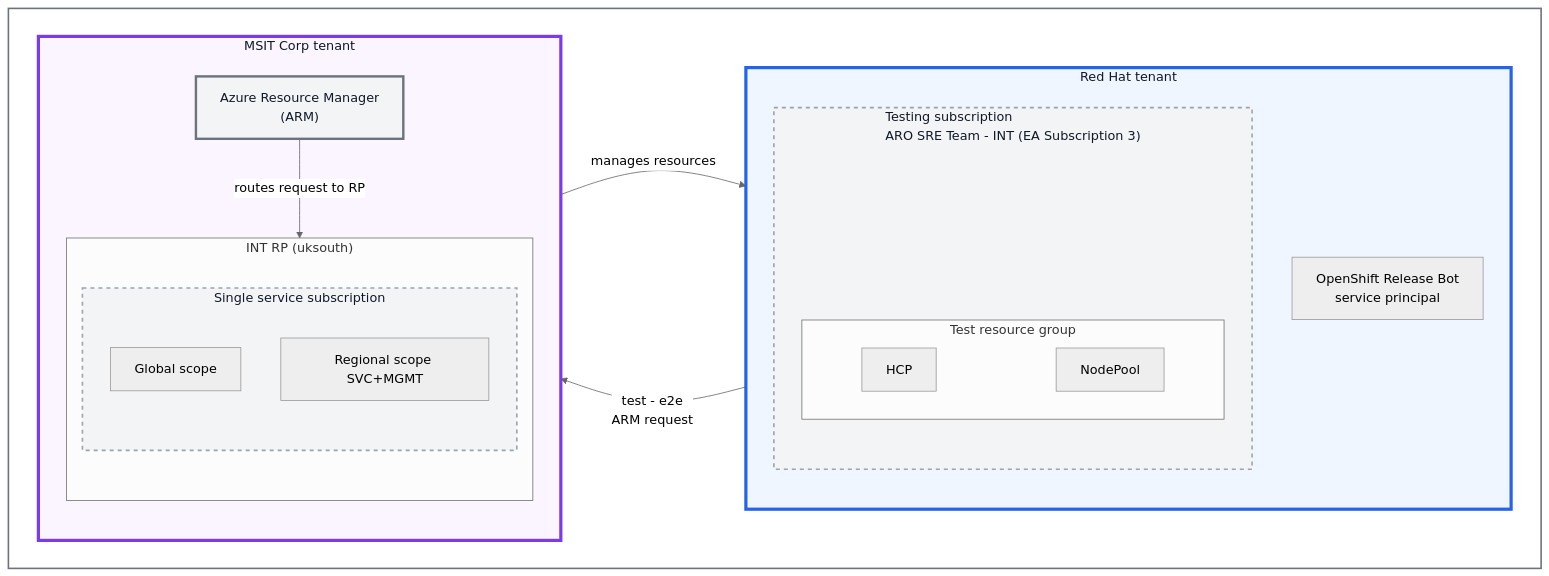
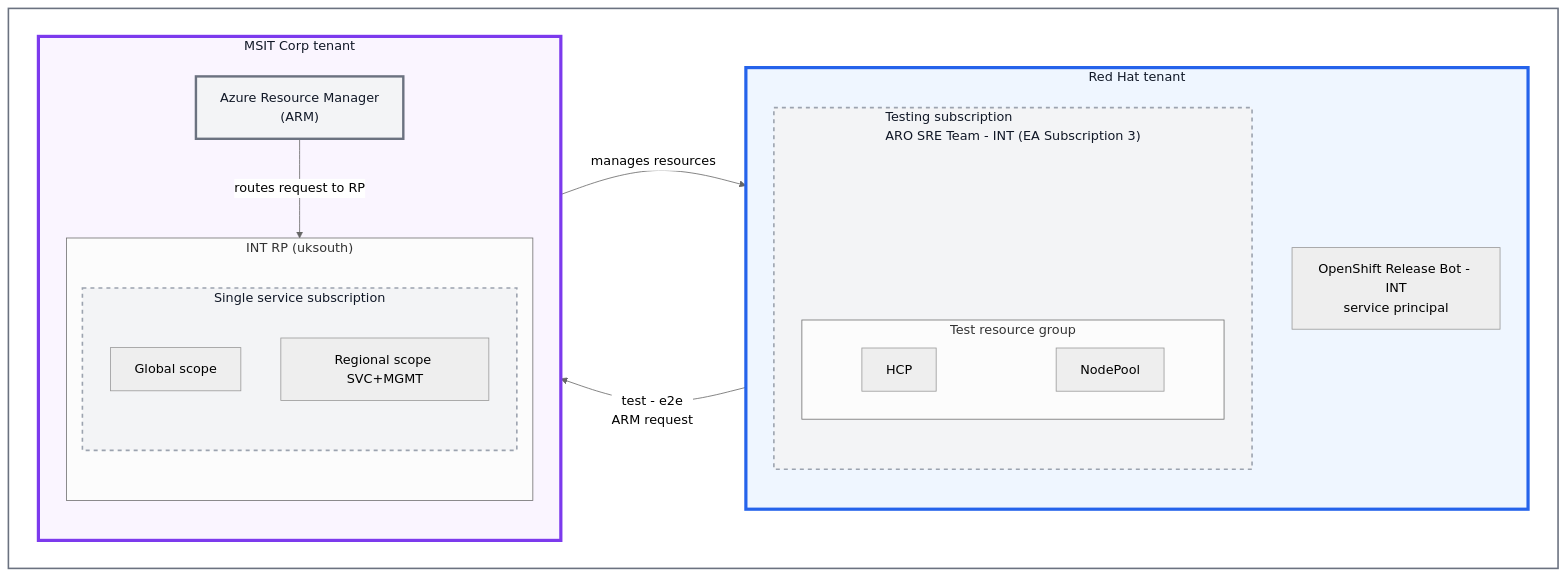
The second of 4 diagrams in docs/ci/execution.md (Azure/ARO-HCP), drawn with Mermaid (neutral theme) before and after one commit. The commit also changed other lines of this file and 4 other files, not shown here.

````diff
--- a/docs/ci/execution.md
+++ b/docs/ci/execution.md
@@ -142,40 +142,40 @@
 ```mermaid
 flowchart LR
     subgraph intChart[" "]
         direction LR
         subgraph intTestTenant["Red Hat tenant"]
             direction TB
-            intId["OpenShift Release Bot<br/>service principal"]
+            intId["OpenShift Release Bot - INT<br/>service principal"]
             subgraph intTestSub["Testing subscription<br/>ARO SRE Team - INT (EA Subscription 3)"]
                 direction TB
                 intTestSubPad[".<br/>."]
                 subgraph intRg["Test resource group"]
                     direction LR
                     intHcp["HCP"]
                     intNodePool["NodePool"]
                     intHcp ~~~ intNodePool
                 end
                 intTestSubPad ~~~ intRg
             end
         end
         subgraph intSvcTenant["MSIT Corp tenant"]
             direction TB
             intArm["Azure Resource Manager<br/>(ARM)"]
             subgraph intRp["INT RP (uksouth)"]
                 direction TB
                 subgraph intServiceSub["Single service subscription"]
                     intGlobal["Global scope"]
                     intRegional["Regional scope SVC+MGMT"]
                 end
             end
         end
         intId -->|"test - e2e<br/>ARM request"| intArm -->|"routes request to RP"| intRegional -->|"manages resources"| intRg
     end
     style intChart fill:#ffffff,stroke:#6b7280,stroke-width:2px,color:transparent
     style intTestSubPad fill:none,stroke:none,color:transparent
     style intTestSub fill:#f3f4f6,stroke:#9ca3af,stroke-width:2px,stroke-dasharray: 5 5,color:#111827
     style intServiceSub fill:#f3f4f6,stroke:#9ca3af,stroke-width:2px,stroke-dasharray: 5 5,color:#111827
     style intTestTenant fill:#eff6ff,stroke:#2563eb,stroke-width:4px,color:#111827
     style intArm fill:#f3f4f6,stroke:#6b7280,stroke-width:3px,color:#111827
     style intSvcTenant fill:#faf5ff,stroke:#7c3aed,stroke-width:4px,color:#111827
 ```
````
